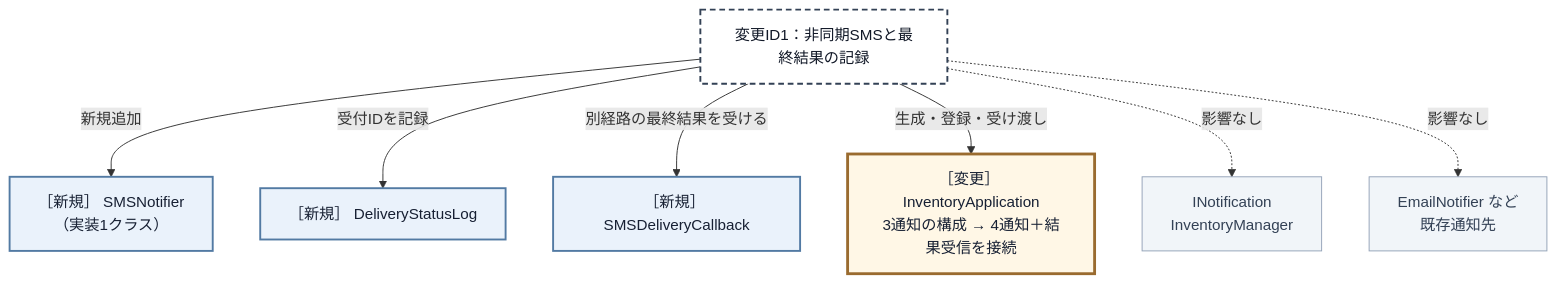
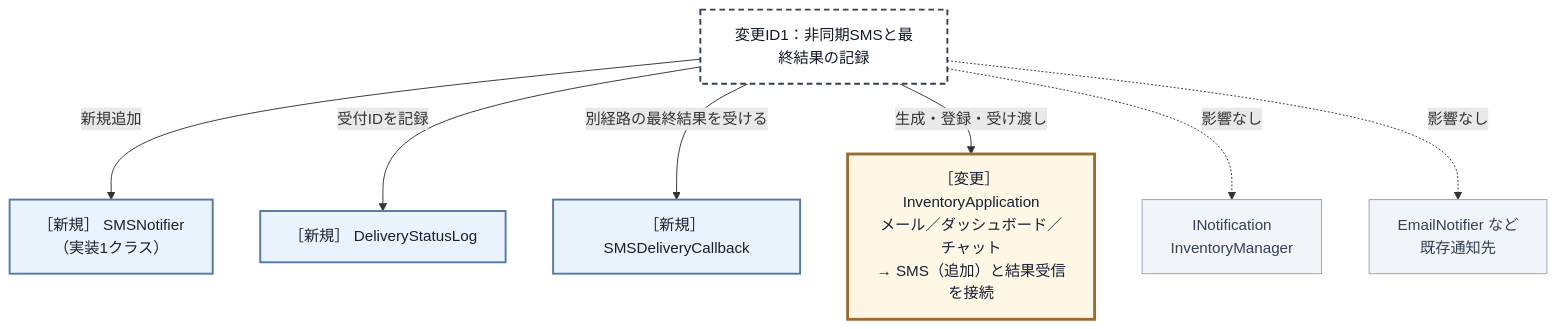
One commit to kumachan1101-pixel/DesignPattern changed diagram 19 of 20 in kindle/design-patterns/books/volume01-core-patterns/output/05-chapter03.md. Above: the diagram before and after it, drawn with Mermaid. The commit also changed other lines of this file and 7 other files, not shown here.

````diff
--- a/kindle/design-patterns/books/volume01-core-patterns/output/05-chapter03.md
+++ b/kindle/design-patterns/books/volume01-core-patterns/output/05-chapter03.md
@@ -2806,15 +2948,15 @@
 ```mermaid
 graph TD
     T1["変更ID1：非同期SMSと最終結果の記録"]:::req
         -->|新規追加| N1["［新規］ SMSNotifier<br>（実装1クラス）"]:::added
     T1 -->|受付IDを記録| N2["［新規］ DeliveryStatusLog"]:::added
     T1 -->|別経路の最終結果を受ける| N3["［新規］ SMSDeliveryCallback"]:::added
-    T1 -->|生成・登録・受け渡し| N4["［変更］ InventoryApplication<br>3通知の構成 → 4通知＋結果受信を接続"]:::touched
+    T1 -->|生成・登録・受け渡し| N4["［変更］ InventoryApplication<br>メール／ダッシュボード／チャット<br>→ SMS（追加）と結果受信を接続"]:::touched
     T1 -. "影響なし" .-> A["INotification<br>InventoryManager"]:::keep
     T1 -. "影響なし" .-> B["EmailNotifier など<br>既存通知先"]:::keep
 
     classDef req fill:#ffffff,stroke:#334155,stroke-width:2px,stroke-dasharray:6 4,color:#111827;
     classDef keep fill:#f1f5f9,stroke:#94a3b8,color:#334155;
     classDef added fill:#eaf2fb,stroke:#527aa3,stroke-width:2px,color:#172033;
     classDef touched fill:#fff7e6,stroke:#9a6b2f,stroke-width:3px,color:#172033;
 ```
````
